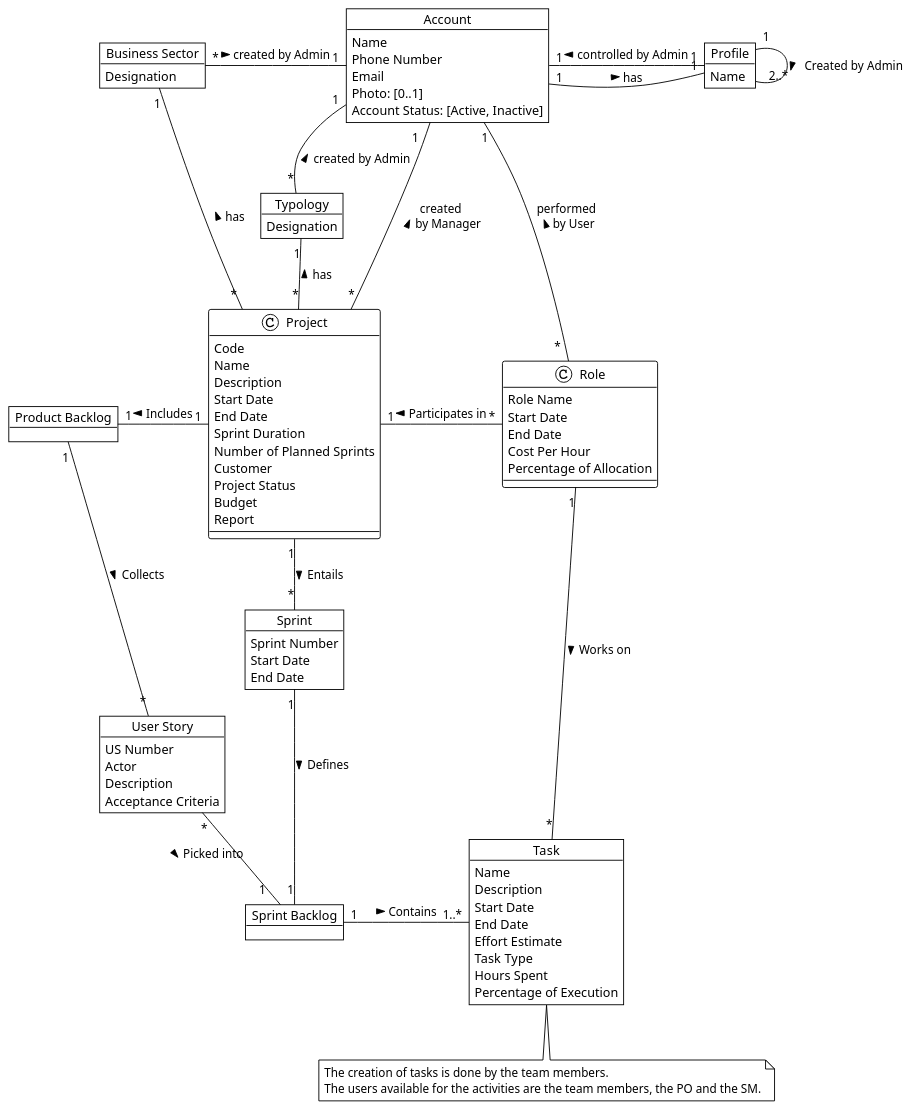
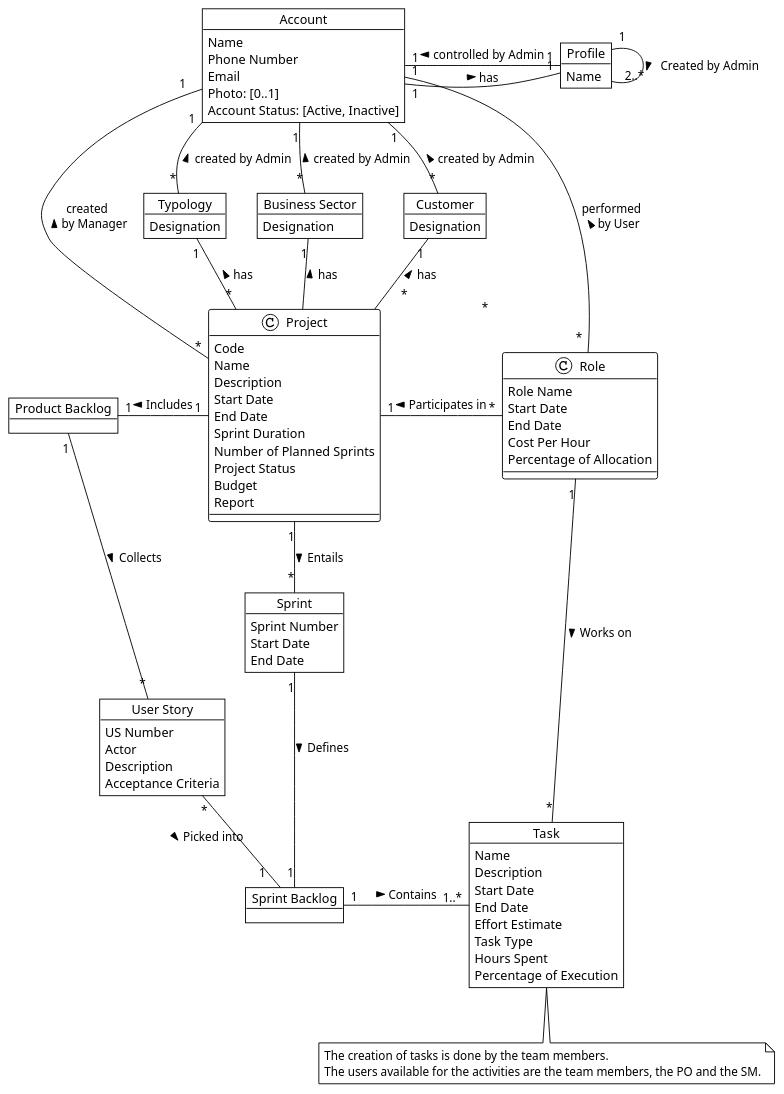
One commit to ivo-menezes/project_g3 changed the diagram in docs/modelling_design/domain_model_diagram/domain_model_diagram.puml. Above: the diagram before and after it, drawn with PlantUML.

Commit message:
Domain Model : Analysis : Added Customer Entity

```diff
--- a/docs/modelling_design/domain_model_diagram/domain_model_diagram.puml
+++ b/docs/modelling_design/domain_model_diagram/domain_model_diagram.puml
@@ -1,128 +1,135 @@
 @startuml
 !theme plain
+'skinparam linetype polyline
 
 '--- part relevant to sprint 1
 
 Object Account {
 Name
 Phone Number
 Email
 Photo: [0..1]
 Account Status: [Active, Inactive]
 }
 
 Object Profile {
 Name
 }
 
 'together {
 'Object Administrator
 'Object Manager
 'Object User
 '}
 
 'Account <|-- Administrator
 'Account <|-- Manager
 'Account <|-- User
 Account "1"-right- "   1" Profile : has >
 Account "1"-- "1" Profile : controlled by Admin <
 Account "1   " -- "*" Project : created \n by Manager <
 Account "1" -- " *  " Role : performed \n by User <
 'Profile"1" -- "*"Account : controlled by \n administrator <
 'Profile "1"-- "*"Project : created by Manager <
 'Profile"1" -- "*"User : performed by User <
 
 Object Typology {
 Designation
 }
 
-Account "1" -- "*" Typology : created by Admin <
+Account "1" -down-"*" Typology : created by Admin <
 Typology "1" -- "*" Project : has <
 
 Object "Business Sector" as BS {
 Designation
 }
 
-Account "1" -left- "*" BS : created by Admin <
+Account "1" -down- "*" BS : created by Admin <
 BS "1" -- "                               *" Project : has <
+
+Object Customer {
+Designation
+}
+
+Account "1" -down- "*" Customer : created by Admin <
+Customer "1" -- "                               *" Project : has <
 
 Object Project {
 Code
 Name
 Description
 Start Date
 End Date
 Sprint Duration
 Number of Planned Sprints
-Customer
 Project Status
 Budget
 ' Report could be its own conceptual class but we are not modelling with detail yet
 Report
 }
 
 ' following the Association Class Role pattern (Fig.11) from "Modeling Roles"
 ' Role attributes does not include Project Code because Larman says to avoid attributes that are like "foreign keys" (p.126)
 Object Role {
 Role Name
 Start Date
 End Date
 Cost Per Hour
 Percentage of Allocation
 }
 
 ' here "Controls" includes "creates,lists,changes profile, activates, inactivates"
 ' following Larman p.113 to be parsimonious about associations
 'Administrator "1" -up- "*" Account : Controls >
 'Manager "1" -down- "*" Project : Manages >
 'User "1" -down- "*" Role: Performs >
 Role "*" -left- "1" Project: Participates in >
 
 
 '--- additional stuff, not much detail for sprint 1
 ' put enduml tag before this comment to shorten diagram
 Object "Product Backlog" as PB
 
 Object "User Story" as US {
 US Number
 Actor
 Description
 Acceptance Criteria
 }
 
 Object Sprint {
 Sprint Number
 Start Date
 End Date
 }
 
 Object "Sprint Backlog" as SB
 
 Object Task {
 Name
 Description
 Start Date
 End Date
 Effort Estimate
 Task Type
 Hours Spent
 Percentage of Execution
 }
 
 
 Profile "1" -down- "  2..*" Profile: Created by Admin >
 Project "1" -down- "*" Sprint: Entails >
 Project "1" -left- "1" PB: Includes >
 PB "1" -down- "*" US: Collects >
 Sprint "1" -down- "1" SB: Defines >
 US "*" -right- "                      1" SB: Picked into >
 
 SB "1" -right- "   1..*" Task: Contains >
 Role "1" -down- "*" Task: Works on >
 'note on link: The creation of tasks is done by the team members.\nThe users available for the activities are the team members, the PO and the SM.
 
 
 note "The creation of tasks is done by the team members.\nThe users available for the activities are the team members, the PO and the SM." as N1
 Task .down. N1
 
 @enduml
```
